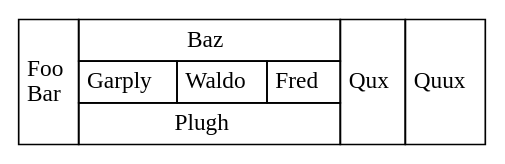
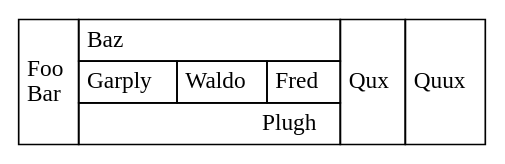
One commit to mariusz-schimke/GiGraph changed the tenth of 26 diagrams in README.md. Above: the diagram before and after it, drawn with Graphviz.

Commit message:
Example updated in readme.md

````diff
--- a/README.md
+++ b/README.md
@@ -912,21 +912,21 @@
 ```dot
 digraph
 {
     Bar [ label = <<TABLE BORDER="0" CELLBORDER="1" CELLSPACING="0" CELLPADDING="4">
         <TR>
             <TD ROWSPAN="3">Foo<BR/>Bar</TD>
-            <TD COLSPAN="3">Baz</TD>
+            <TD COLSPAN="3" ALIGN="LEFT">Baz</TD>
             <TD ROWSPAN="3">Qux</TD>
             <TD ROWSPAN="3">Quux</TD>
         </TR>
         <TR>
             <TD>Garply</TD>
             <TD>Waldo</TD>
             <TD PORT="port1">Fred</TD>
         </TR>
         <TR>
-            <TD COLSPAN="3">Plugh</TD>
+            <TD COLSPAN="3" ALIGN="RIGHT">Plugh</TD>
         </TR>
     </TABLE>>, shape = plain ]
 }
 ```
````
